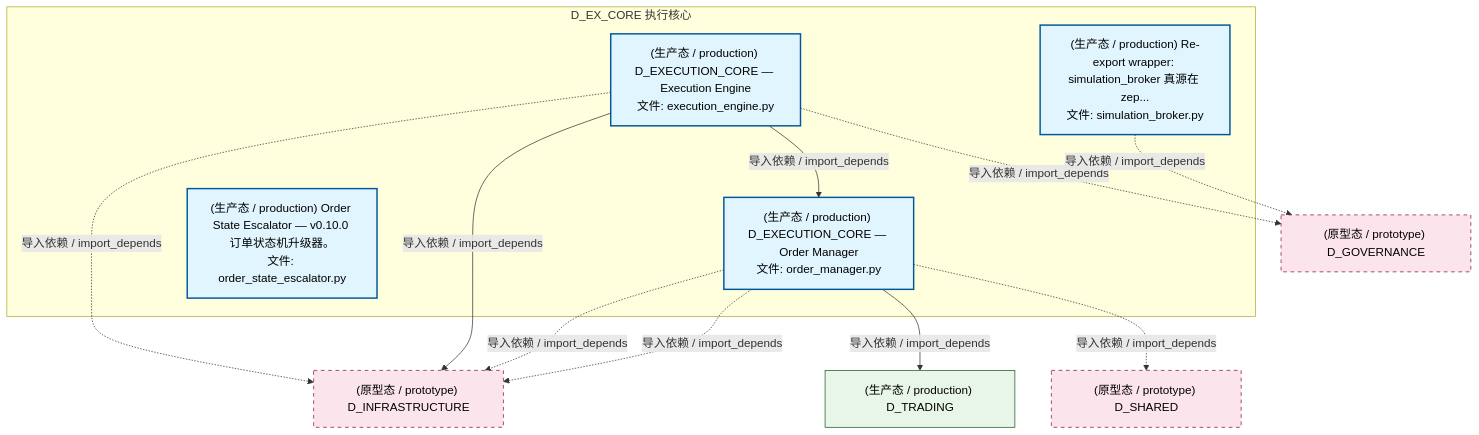
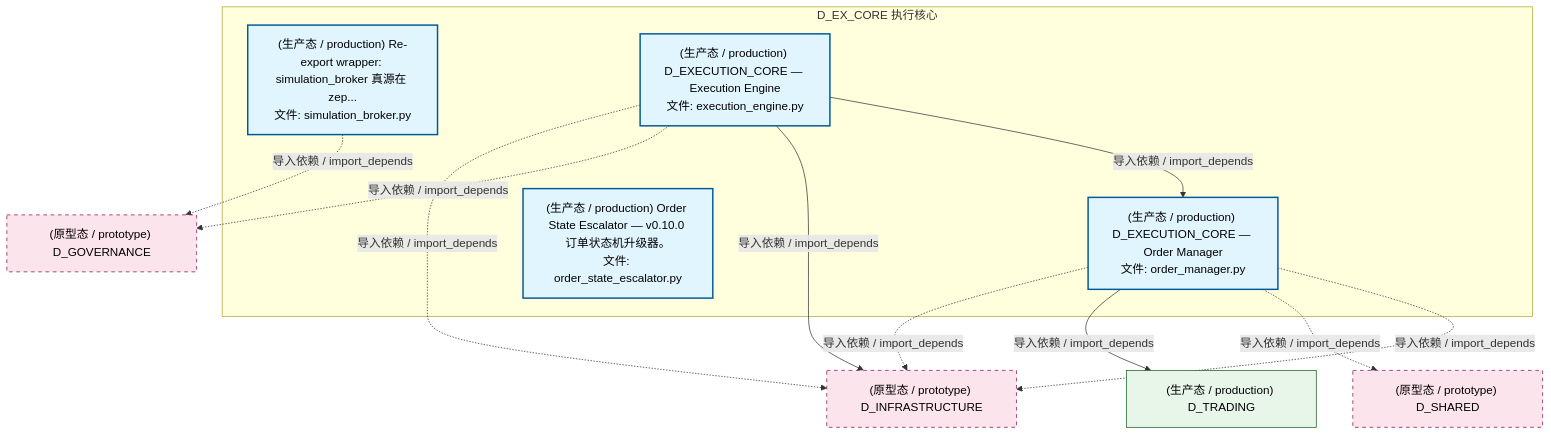
Before and after one commit to xuanFelixVan/ZephyrAlpha: the second of 5 diagrams in docs/02_enterprise_architecture/02_domain_architecture_docs/34_d_ex_core.md, drawn with Mermaid. The commit also changed other lines of this file and 97 other files, not shown here.

````diff
--- a/docs/02_enterprise_architecture/02_domain_architecture_docs/34_d_ex_core.md
+++ b/docs/02_enterprise_architecture/02_domain_architecture_docs/34_d_ex_core.md
@@ -126,29 +126,29 @@
 ```mermaid
 graph TD
     subgraph D_EX_CORE["D_EX_CORE 执行核心"]
         src_zephyr_ex_core_adapters_simulation_broker_py["(生产态 / production) Re-export wrapper: simulation_broker 真源在 zep...<br/>文件: simulation_broker.py"]
         src_zephyr_ex_core_execution_engine_py["(生产态 / production) D_EXECUTION_CORE — Execution Engine<br/>文件: execution_engine.py"]
         src_zephyr_ex_core_order_manager_py["(生产态 / production) D_EXECUTION_CORE — Order Manager<br/>文件: order_manager.py"]
         src_zephyr_governance_escalation_order_state_escalator_py["(生产态 / production) Order State Escalator — v0.10.0 订单状态机升级器。<br/>文件: order_state_escalator.py"]
     end
     src_zephyr_ex_core_execution_engine_py -->|导入依赖 / import_depends| src_zephyr_ex_core_order_manager_py
+    D_GOVERNANCE["(原型态 / prototype) D_GOVERNANCE"]
+    src_zephyr_ex_core_adapters_simulation_broker_py -.->|导入依赖 / import_depends| D_GOVERNANCE
     D_INFRASTRUCTURE["(原型态 / prototype) D_INFRASTRUCTURE"]
-    src_zephyr_ex_core_execution_engine_py -.->|导入依赖 / import_depends| D_INFRASTRUCTURE
-    D_GOVERNANCE["(原型态 / prototype) D_GOVERNANCE"]
-    src_zephyr_ex_core_execution_engine_py -.->|导入依赖 / import_depends| D_GOVERNANCE
-    src_zephyr_ex_core_execution_engine_py -->|导入依赖 / import_depends| D_INFRASTRUCTURE
     src_zephyr_ex_core_order_manager_py -.->|导入依赖 / import_depends| D_INFRASTRUCTURE
+    D_SHARED["(原型态 / prototype) D_SHARED"]
+    src_zephyr_ex_core_order_manager_py -.->|导入依赖 / import_depends| D_SHARED
     D_TRADING["(生产态 / production) D_TRADING"]
     src_zephyr_ex_core_order_manager_py -->|导入依赖 / import_depends| D_TRADING
     src_zephyr_ex_core_order_manager_py -.->|导入依赖 / import_depends| D_INFRASTRUCTURE
-    D_SHARED["(原型态 / prototype) D_SHARED"]
-    src_zephyr_ex_core_order_manager_py -.->|导入依赖 / import_depends| D_SHARED
-    src_zephyr_ex_core_adapters_simulation_broker_py -.->|导入依赖 / import_depends| D_GOVERNANCE
+    src_zephyr_ex_core_execution_engine_py -->|导入依赖 / import_depends| D_INFRASTRUCTURE
+    src_zephyr_ex_core_execution_engine_py -.->|导入依赖 / import_depends| D_GOVERNANCE
+    src_zephyr_ex_core_execution_engine_py -.->|导入依赖 / import_depends| D_INFRASTRUCTURE
     classDef production fill:#e1f5fe,stroke:#01579b,stroke-width:2px,color:#000
     classDef design fill:#fff3e0,stroke:#e65100,stroke-width:2px,color:#000,stroke-dasharray: 5 5
     classDef external_prod fill:#e8f5e9,stroke:#1b5e20,stroke-width:1px,color:#000
     classDef external_design fill:#fce4ec,stroke:#880e4f,stroke-width:1px,color:#000,stroke-dasharray: 5 5
     class src_zephyr_ex_core_adapters_simulation_broker_py,src_zephyr_ex_core_execution_engine_py,src_zephyr_ex_core_order_manager_py,src_zephyr_governance_escalation_order_state_escalator_py production
     class D_TRADING external_prod
-    class D_INFRASTRUCTURE,D_GOVERNANCE,D_SHARED external_design
+    class D_GOVERNANCE,D_INFRASTRUCTURE,D_SHARED external_design
 ```
````
